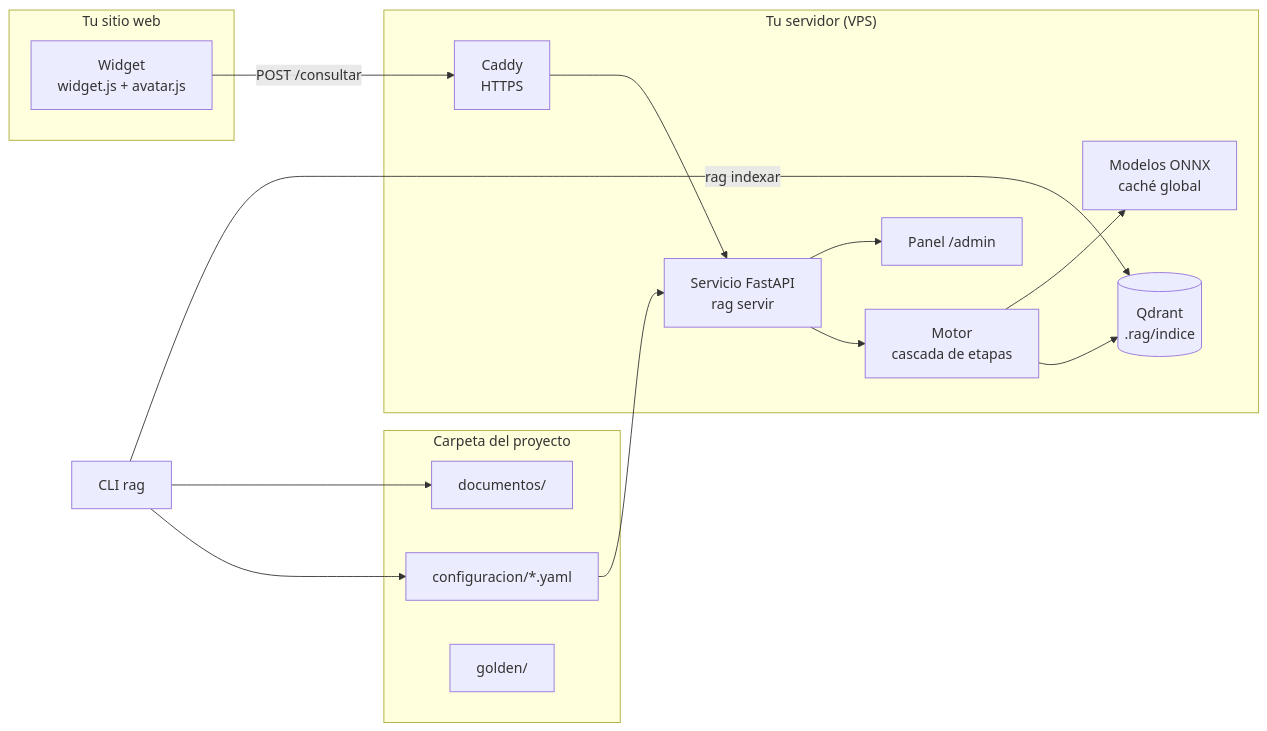
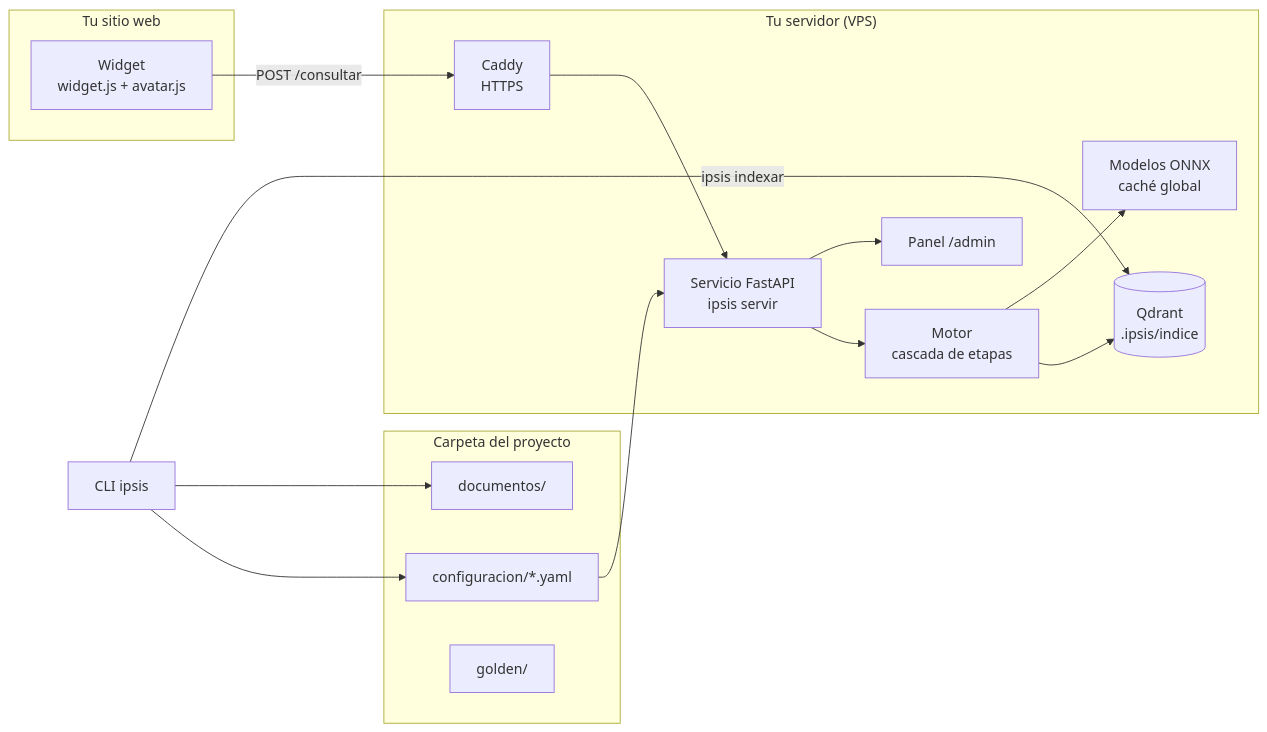
The first of 6 diagrams in docs/arquitectura.md (ClaudioH19/ipsis), drawn with Mermaid before and after one commit. The commit also changed other lines of this file and 378 other files, not shown here.

````diff
--- a/docs/arquitectura.md
+++ b/docs/arquitectura.md
@@ -20,23 +20,23 @@
 ```mermaid
 flowchart LR
     subgraph Sitio["Tu sitio web"]
         W["Widget<br/>widget.js + avatar.js"]
     end
     subgraph Servidor["Tu servidor (VPS)"]
-        C["Caddy<br/>HTTPS"] --> API["Servicio FastAPI<br/>rag servir"]
+        C["Caddy<br/>HTTPS"] --> API["Servicio FastAPI<br/>ipsis servir"]
         API --> M["Motor<br/>cascada de etapas"]
-        M --> Q[("Qdrant<br/>.rag/indice")]
+        M --> Q[("Qdrant<br/>.ipsis/indice")]
         M --> O["Modelos ONNX<br/>caché global"]
         API --> P["Panel /admin"]
     end
     subgraph Proyecto["Carpeta del proyecto"]
         CFG["configuracion/*.yaml"]
         DOC["documentos/"]
         G["golden/"]
     end
     W -- "POST /consultar" --> C
-    CLI["CLI rag"] --> CFG
+    CLI["CLI ipsis"] --> CFG
     CLI --> DOC
-    CLI -- "rag indexar" --> Q
+    CLI -- "ipsis indexar" --> Q
     CFG --> API
 ```
````
